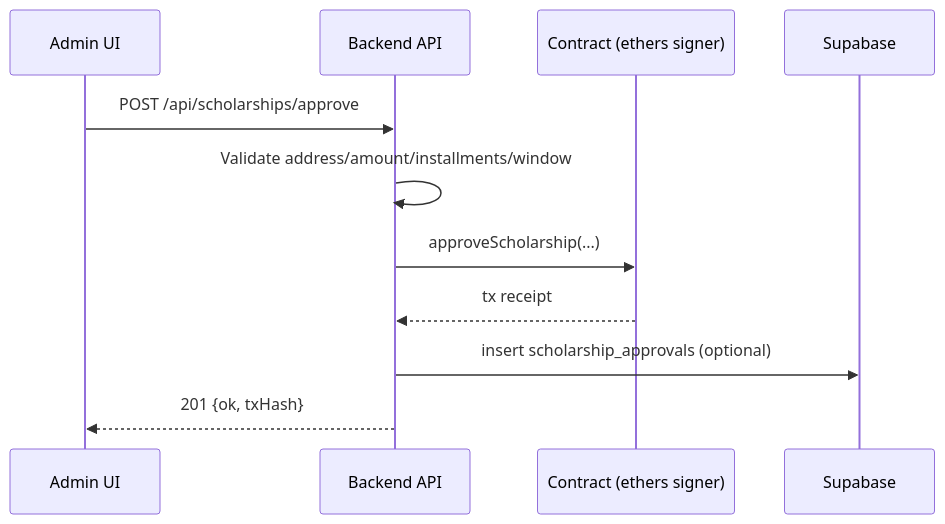
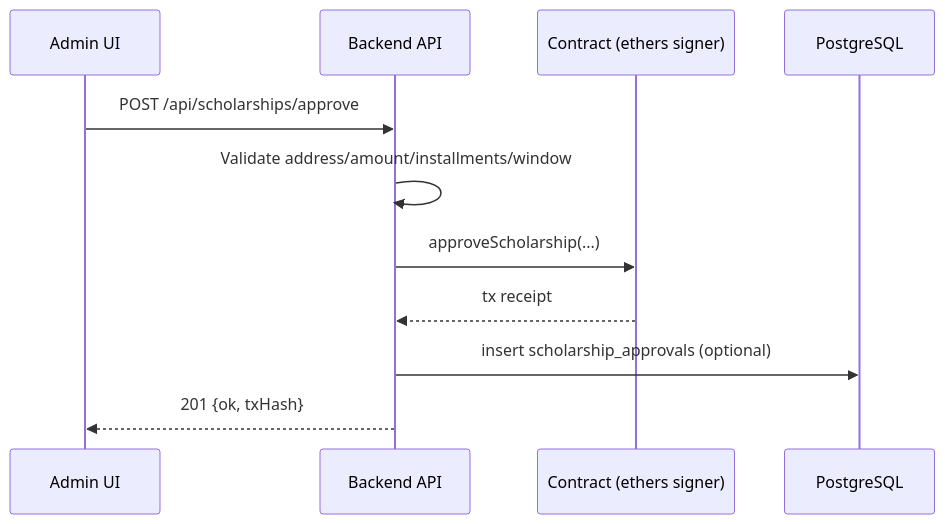
Before and after one commit to ahmedelbamby-aast/ScholarshipDisbursement: the fourth of 14 diagrams in docs/codebase.md, drawn with Mermaid. The commit also changed other lines of this file and 20 other files, not shown here.

````diff
--- a/docs/codebase.md
+++ b/docs/codebase.md
@@ -127,14 +127,14 @@
 ```mermaid
 sequenceDiagram
   participant Admin as Admin UI
   participant API as Backend API
   participant ETH as Contract (ethers signer)
-  participant DB as Supabase
+  participant DB as PostgreSQL
 
   Admin->>API: POST /api/scholarships/approve
   API->>API: Validate address/amount/installments/window
   API->>ETH: approveScholarship(...)
   ETH-->>API: tx receipt
   API->>DB: insert scholarship_approvals (optional)
   API-->>Admin: 201 {ok, txHash}
 ```
````
